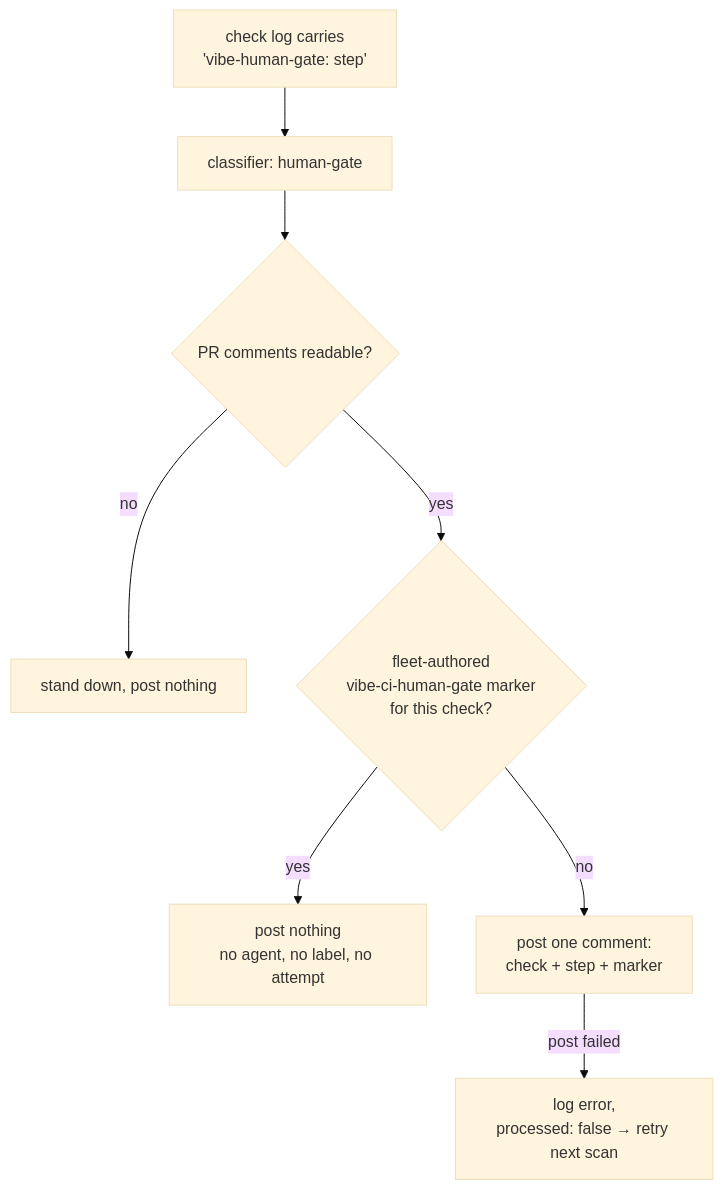
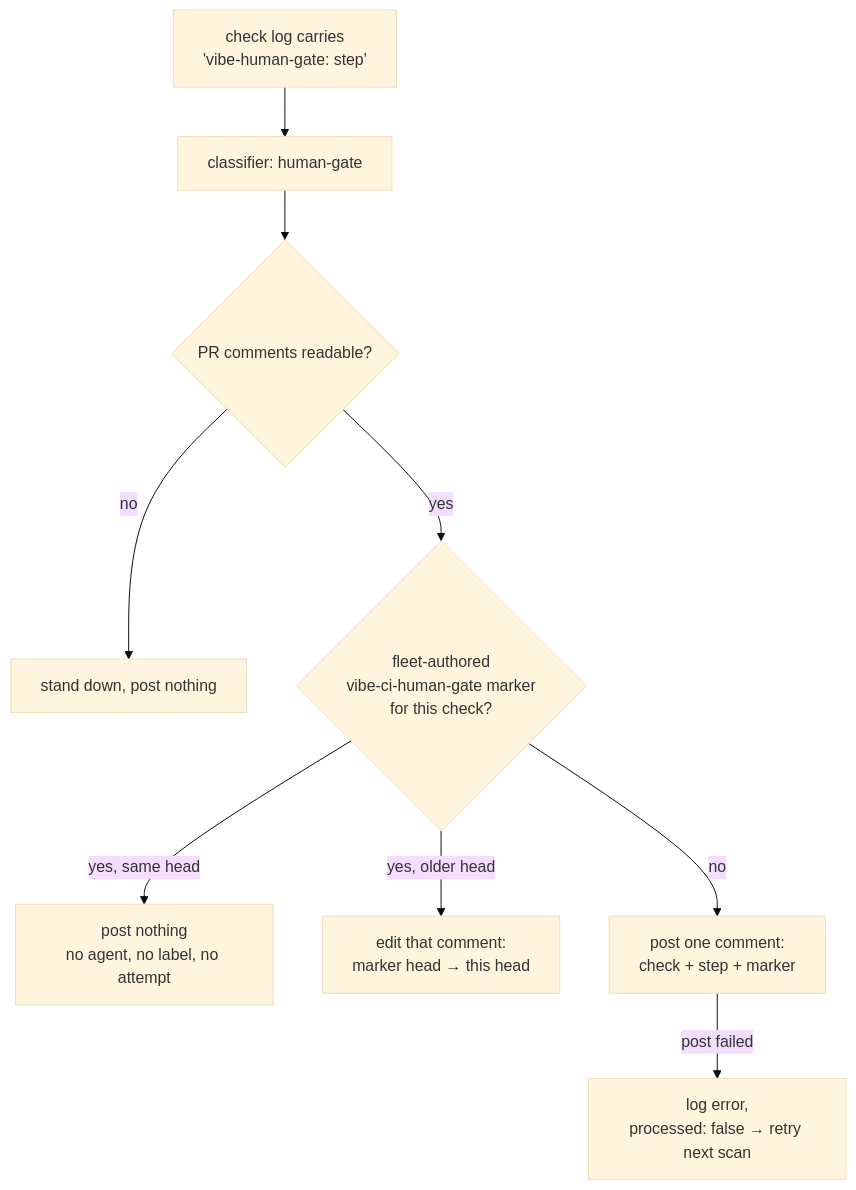
The sixth of 6 diagrams in docs/workflows/ci-fix.md (stSoftwareAU/VibeCoder), drawn with Mermaid (base theme) before and after one commit. The commit also changed other lines of this file and 8 other files, not shown here.

````diff
--- a/docs/workflows/ci-fix.md
+++ b/docs/workflows/ci-fix.md
@@ -210,10 +210,11 @@
 ```mermaid
 flowchart TD
     L["check log carries<br/>'vibe-human-gate: step'"] --> K["classifier: human-gate"]
     K --> R{"PR comments readable?"}
     R -->|no| S["stand down, post nothing"]
     R -->|yes| G{"fleet-authored<br/>vibe-ci-human-gate marker<br/>for this check?"}
-    G -->|yes| N["post nothing<br/>no agent, no label, no attempt"]
+    G -->|yes, same head| N["post nothing<br/>no agent, no label, no attempt"]
+    G -->|yes, older head| E["edit that comment:<br/>marker head → this head"]
     G -->|no| P["post one comment:<br/>check + step + marker"]
     P -->|post failed| F["log error,<br/>processed: false → retry next scan"]
 ```
````
